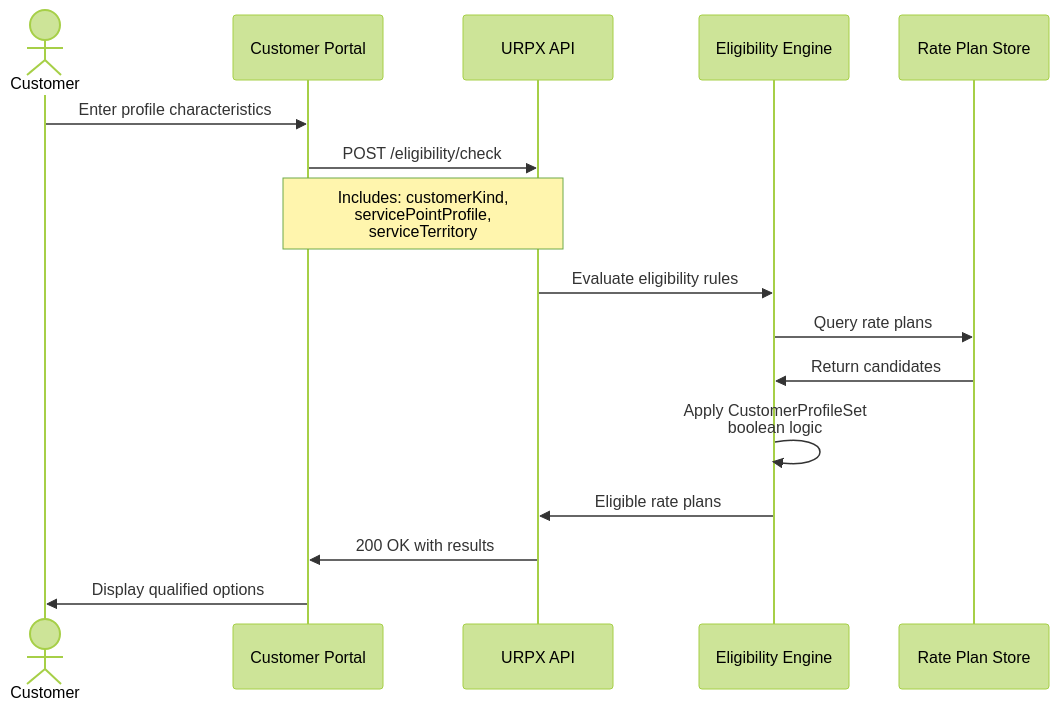
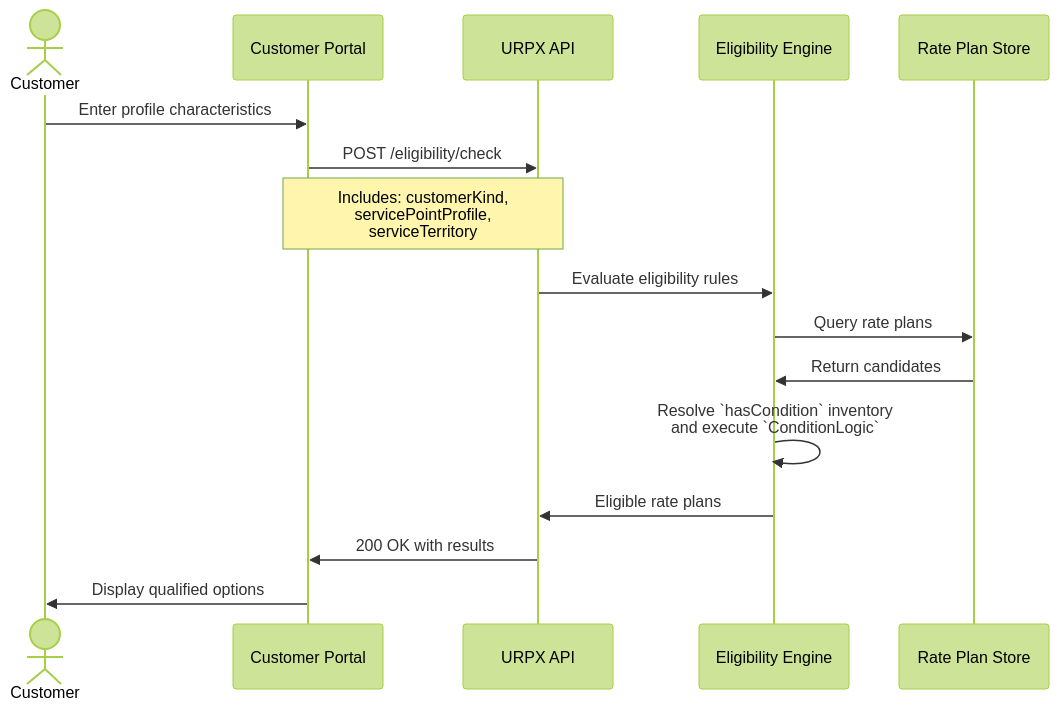
One commit to urpx-org/urpx changed the second of 2 diagrams in documentation/pages/urpx-api-spec.md. Above: the diagram before and after it, drawn with Mermaid (forest theme). The commit also changed other lines of this file and 16 other files, not shown here.

````diff
--- a/documentation/pages/urpx-api-spec.md
+++ b/documentation/pages/urpx-api-spec.md
@@ -170,19 +170,19 @@
 ```mermaid
 sequenceDiagram
     actor Customer
     participant Portal as Customer Portal
     participant API as URPX API
     participant Engine as Eligibility Engine
     participant Store as Rate Plan Store
     
     Customer->>Portal: Enter profile characteristics
     Portal->>API: POST /eligibility/check
     Note over Portal,API: Includes: customerKind,<br/>servicePointProfile,<br/>serviceTerritory
     API->>Engine: Evaluate eligibility rules
     Engine->>Store: Query rate plans
     Store->>Engine: Return candidates
-    Engine->>Engine: Apply CustomerProfileSet<br/>boolean logic
+    Engine->>Engine: Resolve `hasCondition` inventory<br/>and execute `ConditionLogic`
     Engine->>API: Eligible rate plans
     API->>Portal: 200 OK with results
     Portal->>Customer: Display qualified options
 ```
````
